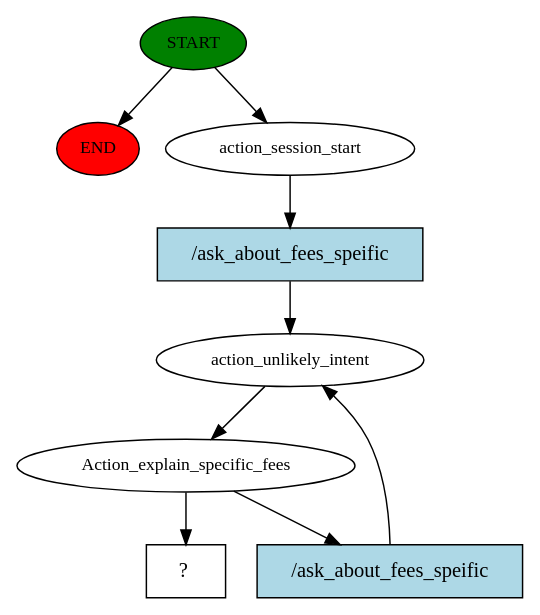
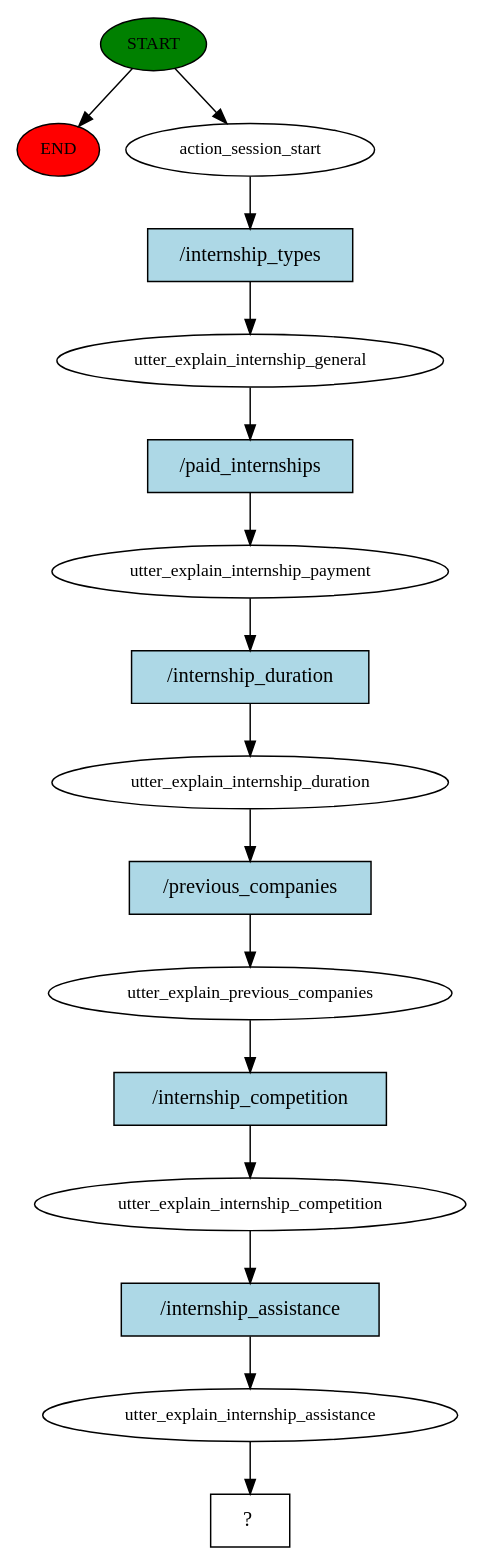
One commit to YaeshwanthUrumaiya/SRETBOT changed the diagram in SRETBOT1/story_graph.dot. Above: the diagram before and after it, drawn with Graphviz. The commit also changed 64 other files, not shown here.

```diff
--- a/SRETBOT1/story_graph.dot
+++ b/SRETBOT1/story_graph.dot
@@ -1,18 +1,33 @@
 digraph  {
 0 [class="start active", fillcolor=green, fontsize=12, label=START, style=filled];
 "-1" [class=end, fillcolor=red, fontsize=12, label=END, style=filled];
 1 [class=active, fontsize=12, label=action_session_start];
-2 [class=active, fontsize=12, label=action_unlikely_intent];
-3 [class=active, fontsize=12, label=Action_explain_specific_fees];
-6 [class="intent dashed active", label="  ?  ", shape=rect];
-7 [class="intent active", fillcolor=lightblue, label="/ask_about_fees_speific", shape=rect, style=filled];
-8 [class="intent active", fillcolor=lightblue, label="/ask_about_fees_speific", shape=rect, style=filled];
+2 [class=active, fontsize=12, label=utter_explain_internship_general];
+3 [class=active, fontsize=12, label=utter_explain_internship_payment];
+4 [class=active, fontsize=12, label=utter_explain_internship_duration];
+5 [class=active, fontsize=12, label=utter_explain_previous_companies];
+6 [class=active, fontsize=12, label=utter_explain_internship_competition];
+7 [class=active, fontsize=12, label=utter_explain_internship_assistance];
+8 [class="intent dashed active", label="  ?  ", shape=rect];
+9 [class="intent active", fillcolor=lightblue, label="/internship_types", shape=rect, style=filled];
+10 [class="intent active", fillcolor=lightblue, label="/paid_internships", shape=rect, style=filled];
+11 [class="intent active", fillcolor=lightblue, label="/internship_duration", shape=rect, style=filled];
+12 [class="intent active", fillcolor=lightblue, label="/previous_companies", shape=rect, style=filled];
+13 [class="intent active", fillcolor=lightblue, label="/internship_competition", shape=rect, style=filled];
+14 [class="intent active", fillcolor=lightblue, label="/internship_assistance", shape=rect, style=filled];
 0 -> "-1"  [class="", key=NONE, label=""];
 0 -> 1  [class=active, key=NONE, label=""];
-1 -> 7  [class=active, key=0];
-2 -> 3  [class=active, key=NONE, label=""];
-3 -> 6  [class=active, key=NONE, label=""];
-3 -> 8  [class=active, key=0];
-7 -> 2  [class=active, key=0];
-8 -> 2  [class=active, key=0];
+1 -> 9  [class=active, key=0];
+2 -> 10  [class=active, key=0];
+3 -> 11  [class=active, key=0];
+4 -> 12  [class=active, key=0];
+5 -> 13  [class=active, key=0];
+6 -> 14  [class=active, key=0];
+7 -> 8  [class=active, key=NONE, label=""];
+9 -> 2  [class=active, key=0];
+10 -> 3  [class=active, key=0];
+11 -> 4  [class=active, key=0];
+12 -> 5  [class=active, key=0];
+13 -> 6  [class=active, key=0];
+14 -> 7  [class=active, key=0];
 }
```
